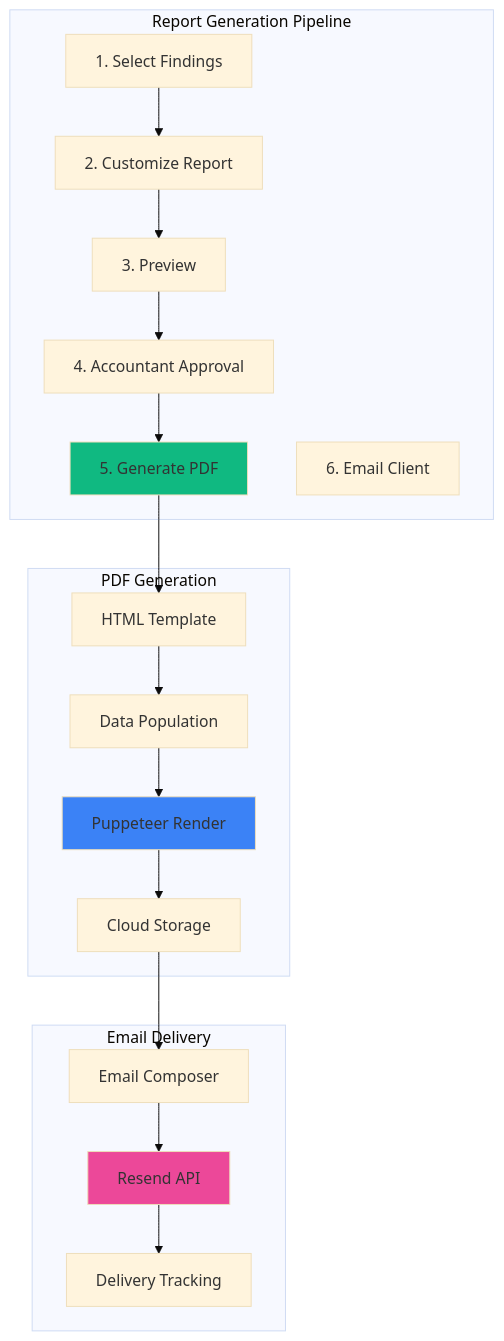
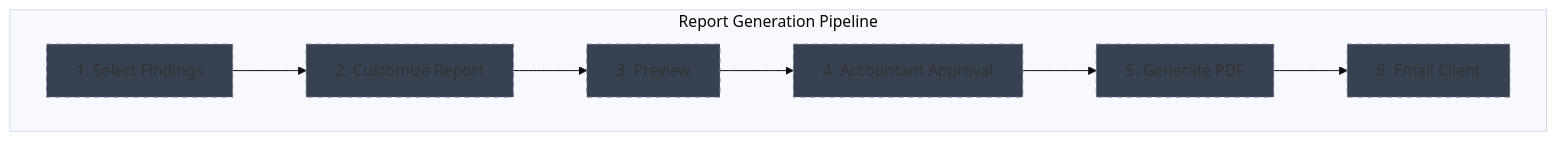
Before and after one commit to CleanExpo/ATO: the seventh of 15 diagrams in docs/diagrams/accountant-workflow-system.md, drawn with Mermaid (base theme). The commit also changed other lines of this file and 4 other files, not shown here.

First line of the commit message:
Update accountant workflow architecture docs to match implementation (ORCH-ACC-001)

````diff
--- a/docs/diagrams/accountant-workflow-system.md
+++ b/docs/diagrams/accountant-workflow-system.md
@@ -228,42 +314,19 @@
 ```mermaid
 graph TB
     subgraph "Report Generation Pipeline"
-        SELECT[1. Select Findings]
-        CUSTOMIZE[2. Customize Report]
-        PREVIEW[3. Preview]
-        APPROVE[4. Accountant Approval]
-        GENERATE[5. Generate PDF]
-        SEND[6. Email Client]
-    end
-
-    subgraph "PDF Generation"
-        TEMPLATE[HTML Template]
-        POPULATE[Data Population]
-        PUPPETEER[Puppeteer Render]
-        STORAGE[Cloud Storage]
-    end
-
-    subgraph "Email Delivery"
-        COMPOSE[Email Composer]
-        RESEND[Resend API]
-        TRACK[Delivery Tracking]
+        SELECT[1. Select Findings]:::planned
+        CUSTOMIZE[2. Customize Report]:::planned
+        PREVIEW[3. Preview]:::planned
+        APPROVE[4. Accountant Approval]:::planned
+        GENERATE[5. Generate PDF]:::planned
+        SEND[6. Email Client]:::planned
     end
 
     SELECT --> CUSTOMIZE
     CUSTOMIZE --> PREVIEW
     PREVIEW --> APPROVE
     APPROVE --> GENERATE
+    GENERATE --> SEND
 
-    GENERATE --> TEMPLATE
-    TEMPLATE --> POPULATE
-    POPULATE --> PUPPETEER
-    PUPPETEER --> STORAGE
-
-    STORAGE --> COMPOSE
-    COMPOSE --> RESEND
-    RESEND --> TRACK
-
-    style GENERATE fill:#10b981
-    style PUPPETEER fill:#3b82f6
-    style RESEND fill:#ec4899
+    classDef planned fill:#374151,stroke:#6b7280,stroke-dasharray: 5 5
 ```
````
